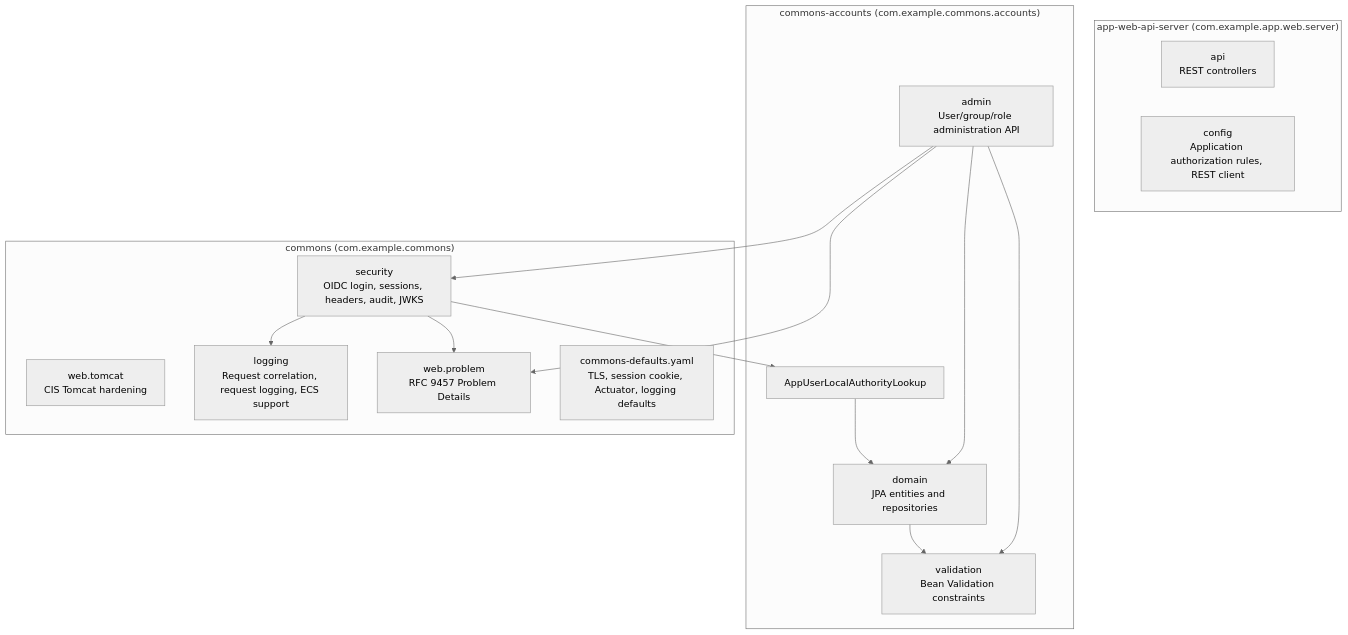
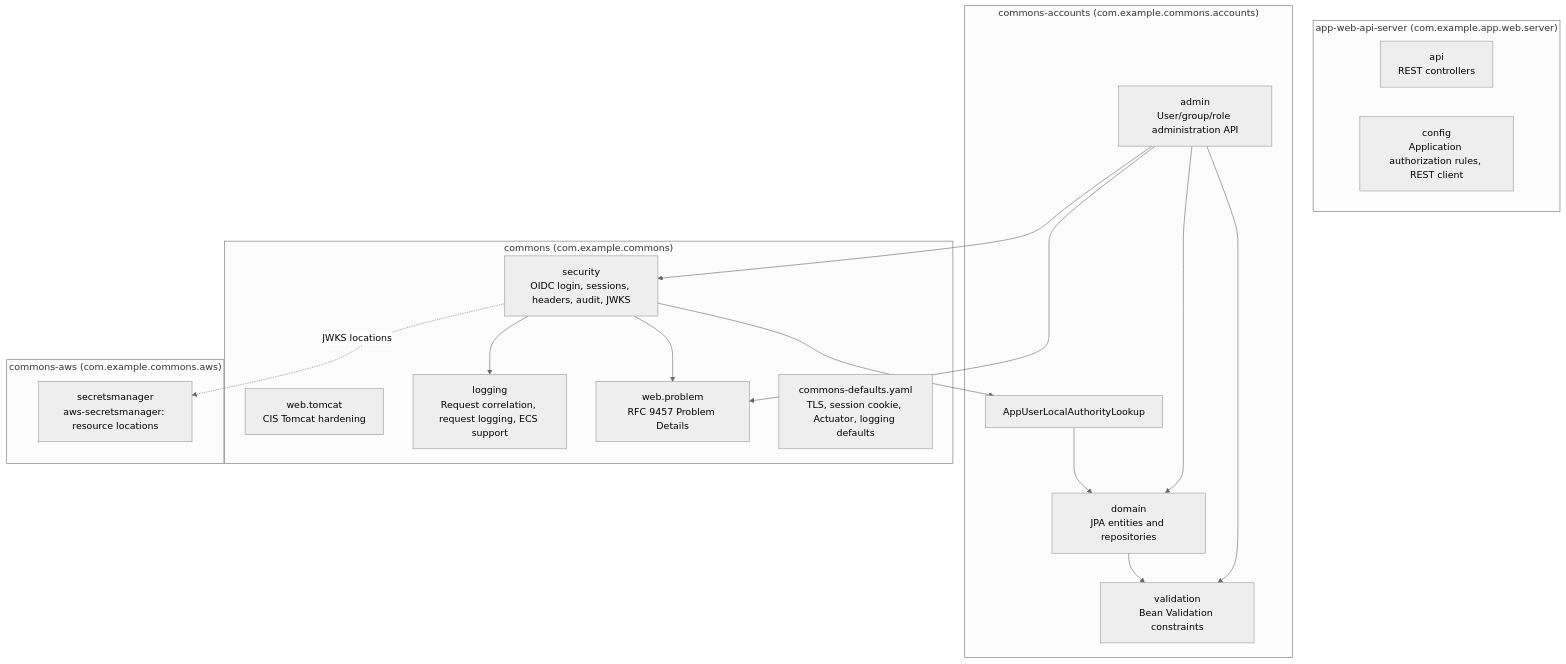
One commit to justin-tay/java-app-web-api-server-template changed the first of 4 diagrams in docs/system-design/05-building-block-view.md. Above: the diagram before and after it, drawn with Mermaid (neutral theme). The commit also changed other lines of this file and 46 other files, not shown here.

First line of the commit message:
feat: rotate the private JWKS from AWS Secrets Manager

````diff
--- a/docs/system-design/05-building-block-view.md
+++ b/docs/system-design/05-building-block-view.md
@@ -6,29 +6,33 @@
 ```mermaid
 flowchart TB
     subgraph app ["app-web-api-server (com.example.app.web.server)"]
         api["api\nREST controllers"]
         config["config\nApplication authorization rules, REST client"]
     end
     subgraph accounts ["commons-accounts (com.example.commons.accounts)"]
         admin["admin\nUser/group/role administration API"]
         domain["domain\nJPA entities and repositories"]
         lookup["AppUserLocalAuthorityLookup"]
         validation["validation\nBean Validation constraints"]
     end
     subgraph commons ["commons (com.example.commons)"]
         websecurity["security\nOIDC login, sessions, headers, audit, JWKS"]
         tomcat["web.tomcat\nCIS Tomcat hardening"]
         logging["logging\nRequest correlation, request logging, ECS support"]
         problem["web.problem\nRFC 9457 Problem Details"]
         defaults["commons-defaults.yaml\nTLS, session cookie, Actuator, logging defaults"]
     end
+    subgraph aws ["commons-aws (com.example.commons.aws)"]
+        secretsmanager["secretsmanager\naws-secretsmanager: resource locations"]
+    end
     admin --> domain
     admin --> validation
     admin --> problem
     admin --> websecurity
     domain --> validation
     lookup --> domain
     websecurity --> lookup
     websecurity --> logging
     websecurity --> problem
+    websecurity -.->|"JWKS locations"| secretsmanager
 ```
````
